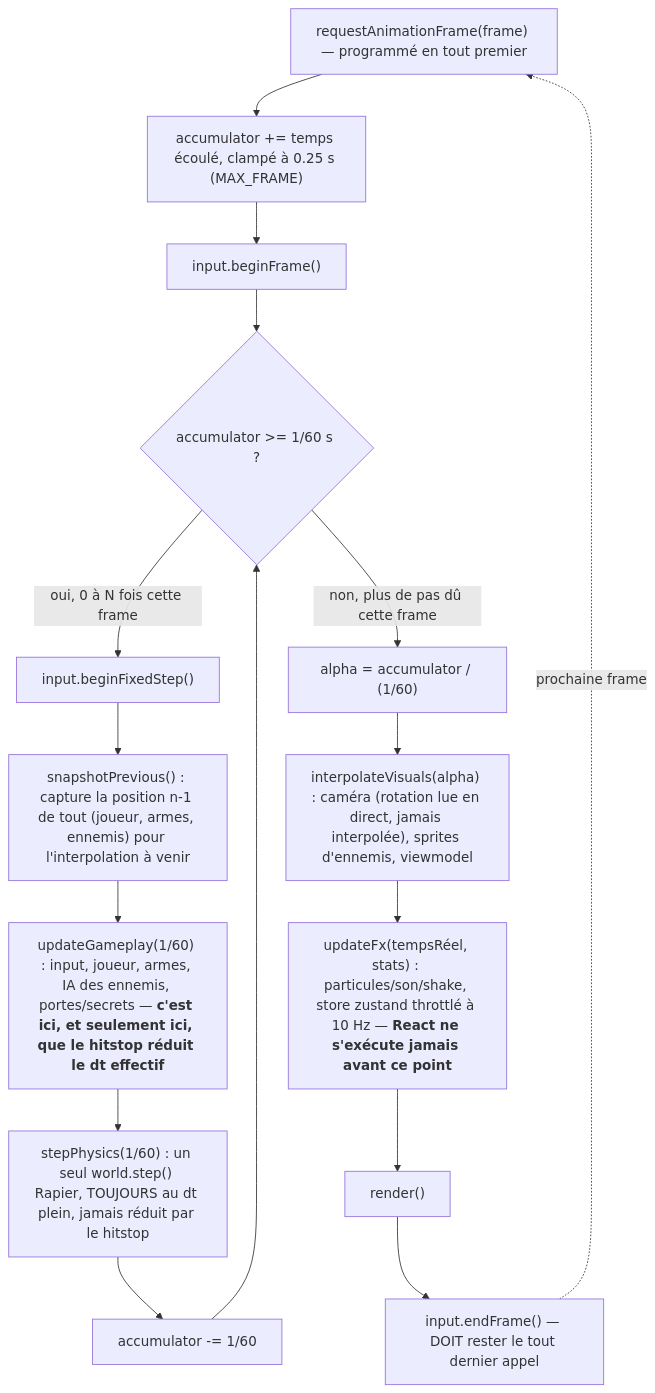
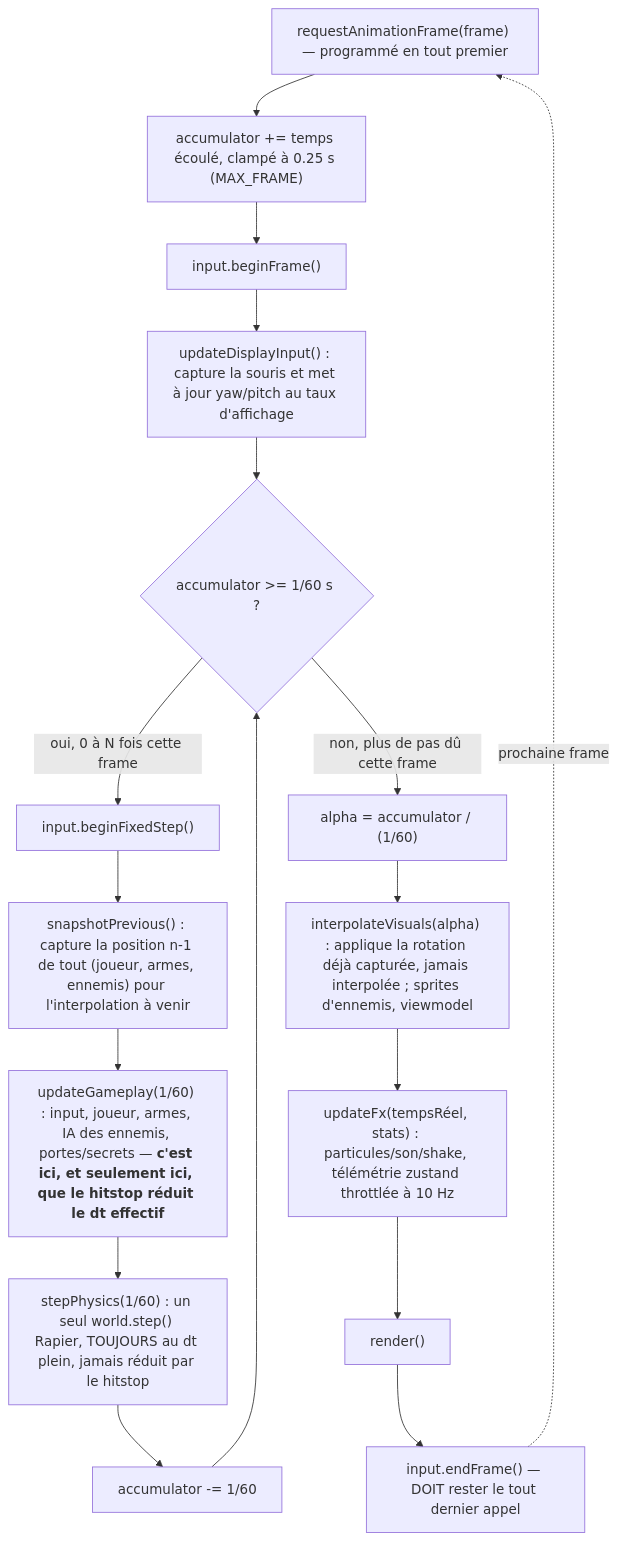
The diagram in docs/systems/boucle-de-jeu.md (benjiGir/projet-cassandre), drawn with Mermaid before and after one commit. The commit also changed other lines of this file and 28 other files, not shown here.

````diff
--- a/docs/systems/boucle-de-jeu.md
+++ b/docs/systems/boucle-de-jeu.md
@@ -38,20 +38,21 @@
 ```mermaid
 flowchart TD
     RAF["requestAnimationFrame(frame) — programmé en tout premier"] --> ACC["accumulator += temps écoulé, clampé à 0.25 s (MAX_FRAME)"]
     ACC --> BF["input.beginFrame()"]
-    BF --> COND{"accumulator >= 1/60 s ?"}
+    BF --> DISPLAY_INPUT["updateDisplayInput() : capture la souris et met à jour yaw/pitch au taux d'affichage"]
+    DISPLAY_INPUT --> COND{"accumulator >= 1/60 s ?"}
 
     COND -- "oui, 0 à N fois cette frame" --> BFS["input.beginFixedStep()"]
     BFS --> SNAP["snapshotPrevious() : capture la position n-1 de tout (joueur, armes, ennemis) pour l'interpolation à venir"]
     SNAP --> GP["updateGameplay(1/60) : input, joueur, armes, IA des ennemis, portes/secrets — <b>c'est ici, et seulement ici, que le hitstop réduit le dt effectif</b>"]
     GP --> PHYS["stepPhysics(1/60) : un seul world.step() Rapier, TOUJOURS au dt plein, jamais réduit par le hitstop"]
     PHYS --> DEC["accumulator -= 1/60"]
     DEC --> COND
 
     COND -- "non, plus de pas dû cette frame" --> ALPHA["alpha = accumulator / (1/60)"]
-    ALPHA --> INTERP["interpolateVisuals(alpha) : caméra (rotation lue en direct, jamais interpolée), sprites d'ennemis, viewmodel"]
-    INTERP --> FX["updateFx(tempsRéel, stats) : particules/son/shake, store zustand throttlé à 10 Hz — <b>React ne s'exécute jamais avant ce point</b>"]
+    ALPHA --> INTERP["interpolateVisuals(alpha) : applique la rotation déjà capturée, jamais interpolée ; sprites d'ennemis, viewmodel"]
+    INTERP --> FX["updateFx(tempsRéel, stats) : particules/son/shake, télémétrie zustand throttlée à 10 Hz"]
     FX --> RENDER["render()"]
     RENDER --> ENDF["input.endFrame() — DOIT rester le tout dernier appel"]
     ENDF -.->|prochaine frame| RAF
 ```
````
